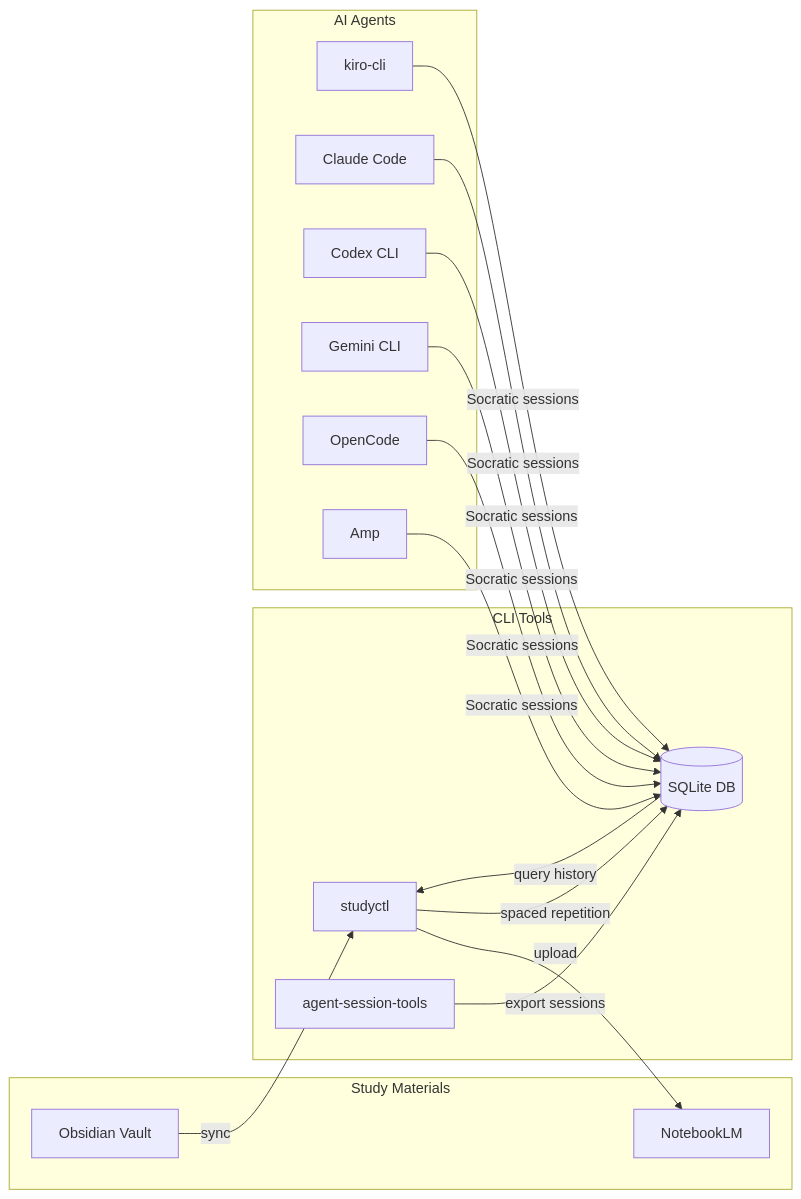
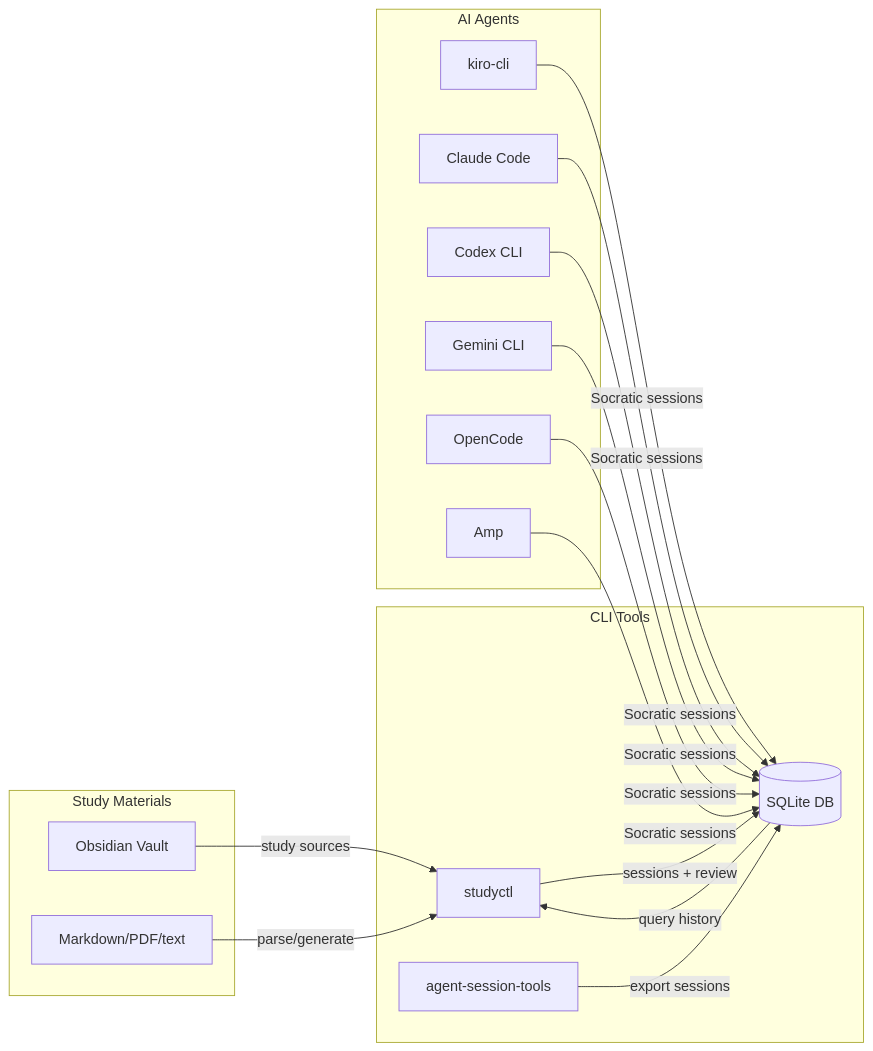
One commit to NetDevAutomate/StudyLoop changed the diagram in docs/index.md. Above: the diagram before and after it, drawn with Mermaid. The commit also changed other lines of this file and 44 other files, not shown here.

Commit message:
Document StudyLoop architecture and local study flow

````diff
--- a/docs/index.md
+++ b/docs/index.md
@@ -33,34 +36,34 @@
 ```mermaid
 graph LR
     subgraph "Study Materials"
         OB[Obsidian Vault]
-        NLM[NotebookLM]
+        SRC[Markdown/PDF/text]
     end
 
     subgraph "CLI Tools"
         SC[studyctl]
         AST[agent-session-tools]
         DB[(SQLite DB)]
     end
 
     subgraph "AI Agents"
         KA[kiro-cli]
         CA[Claude Code]
         CX[Codex CLI]
         GA[Gemini CLI]
         OA[OpenCode]
         AA[Amp]
     end
 
-    OB -->|sync| SC
-    SC -->|upload| NLM
-    SC -->|spaced repetition| DB
+    OB -->|study sources| SC
+    SRC -->|parse/generate| SC
+    SC -->|sessions + review| DB
     AST -->|export sessions| DB
     DB -->|query history| SC
     KA -->|Socratic sessions| DB
     CA -->|Socratic sessions| DB
     CX -->|Socratic sessions| DB
     GA -->|Socratic sessions| DB
     OA -->|Socratic sessions| DB
     AA -->|Socratic sessions| DB
 ```
````
